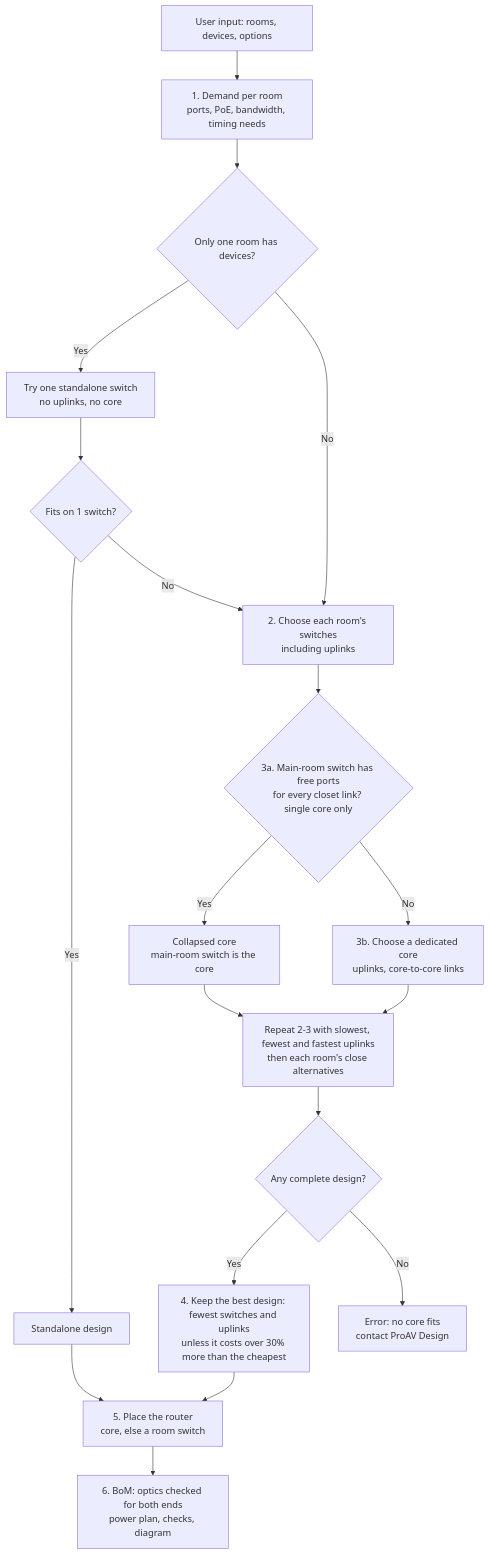
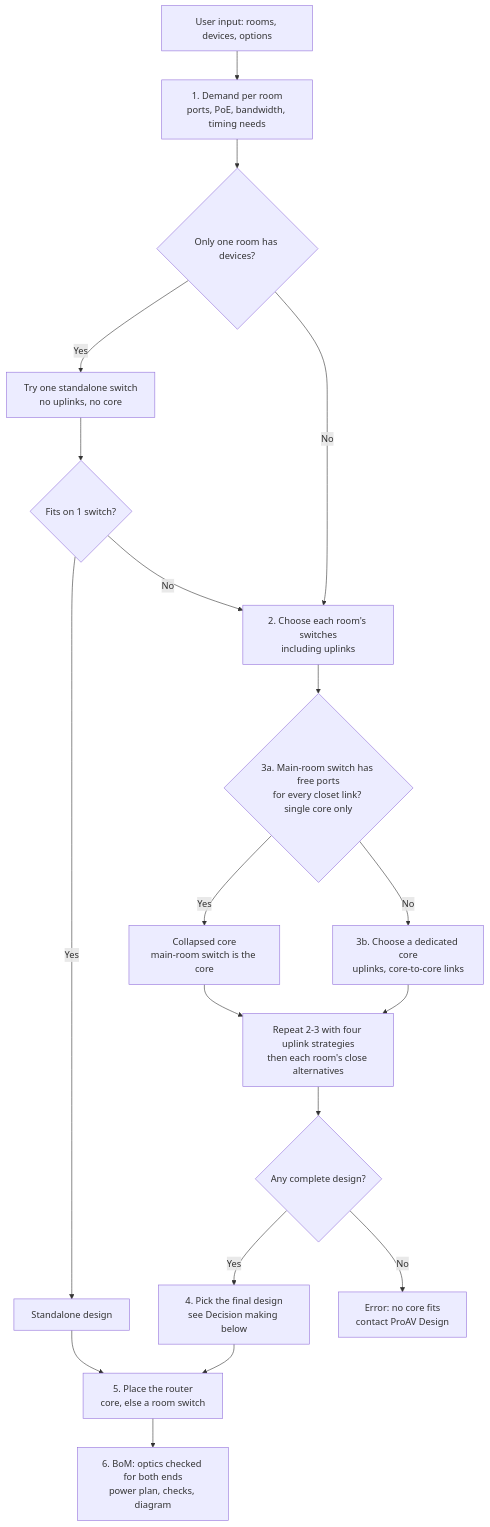
The first of 6 diagrams in docs/design-logic.md (MichaelDNTGR/ntgr-bom-public), drawn with Mermaid before and after one commit. The commit also changed other lines of this file and 1 other file, not shown here.

First line of the commit message:
Add a decision-making flowchart and refresh the overview diagrams

````diff
--- a/docs/design-logic.md
+++ b/docs/design-logic.md
@@ -7,21 +7,21 @@
 ```mermaid
 flowchart TD
     A["User input: rooms, devices, options"] --> B["1. Demand per room<br/>ports, PoE, bandwidth, timing needs"]
     B --> C{"Only one room has devices?"}
     C -- Yes --> D["Try one standalone switch<br/>no uplinks, no core"]
     D --> E{"Fits on 1 switch?"}
     E -- Yes --> S["Standalone design"]
     E -- No --> F
     C -- No --> F["2. Choose each room's switches<br/>including uplinks"]
     F --> G{"3a. Main-room switch has free ports<br/>for every closet link? single core only"}
     G -- Yes --> CC["Collapsed core<br/>main-room switch is the core"]
     G -- No --> G2["3b. Choose a dedicated core<br/>uplinks, core-to-core links"]
     CC --> I
-    G2 --> I["Repeat 2-3 with slowest, fewest and fastest uplinks<br/>then each room's close alternatives"]
+    G2 --> I["Repeat 2-3 with four uplink strategies<br/>then each room's close alternatives"]
     I --> H{"Any complete design?"}
-    H -- Yes --> J["4. Keep the best design: fewest switches and uplinks<br/>unless it costs over 30% more than the cheapest"]
+    H -- Yes --> J["4. Pick the final design<br/>see Decision making below"]
     H -- No --> X["Error: no core fits<br/>contact ProAV Design"]
     S --> R
     J --> R["5. Place the router<br/>core, else a room switch"]
     R --> K["6. BoM: optics checked for both ends<br/>power plan, checks, diagram"]
 ```
````
